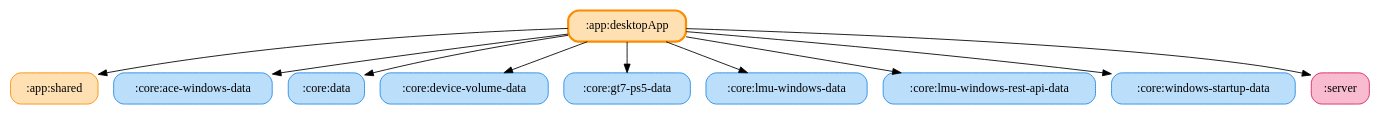
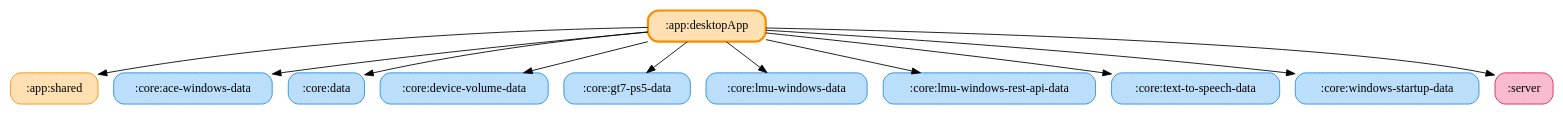
The diagram in docs/graphs/app-desktopApp.gv (ai-kurou/KoDriver), drawn with Graphviz before and after one commit. The commit also changed 86 other files, not shown here.

```diff
--- a/docs/graphs/app-desktopApp.gv
+++ b/docs/graphs/app-desktopApp.gv
@@ -1,23 +1,25 @@
 digraph G {
   rankdir=TB
   node [shape=box, style="rounded,filled"]
   ":app:desktopApp" [fillcolor="#FFE0B2", color="#FB8C00", penwidth=2.5]
   ":app:shared" [fillcolor="#FFE0B2", color="#FB8C00", penwidth=1]
   ":core:ace-windows-data" [fillcolor="#BBDEFB", color="#1E88E5", penwidth=1]
   ":core:data" [fillcolor="#BBDEFB", color="#1E88E5", penwidth=1]
   ":core:device-volume-data" [fillcolor="#BBDEFB", color="#1E88E5", penwidth=1]
   ":core:gt7-ps5-data" [fillcolor="#BBDEFB", color="#1E88E5", penwidth=1]
   ":core:lmu-windows-data" [fillcolor="#BBDEFB", color="#1E88E5", penwidth=1]
   ":core:lmu-windows-rest-api-data" [fillcolor="#BBDEFB", color="#1E88E5", penwidth=1]
+  ":core:text-to-speech-data" [fillcolor="#BBDEFB", color="#1E88E5", penwidth=1]
   ":core:windows-startup-data" [fillcolor="#BBDEFB", color="#1E88E5", penwidth=1]
   ":server" [fillcolor="#F8BBD0", color="#D81B60", penwidth=1]
   ":app:desktopApp" -> ":app:shared"
   ":app:desktopApp" -> ":core:data"
   ":app:desktopApp" -> ":core:lmu-windows-data"
   ":app:desktopApp" -> ":core:lmu-windows-rest-api-data"
   ":app:desktopApp" -> ":core:gt7-ps5-data"
   ":app:desktopApp" -> ":core:ace-windows-data"
   ":app:desktopApp" -> ":core:device-volume-data"
+  ":app:desktopApp" -> ":core:text-to-speech-data"
   ":app:desktopApp" -> ":core:windows-startup-data"
   ":app:desktopApp" -> ":server"
 }
```
